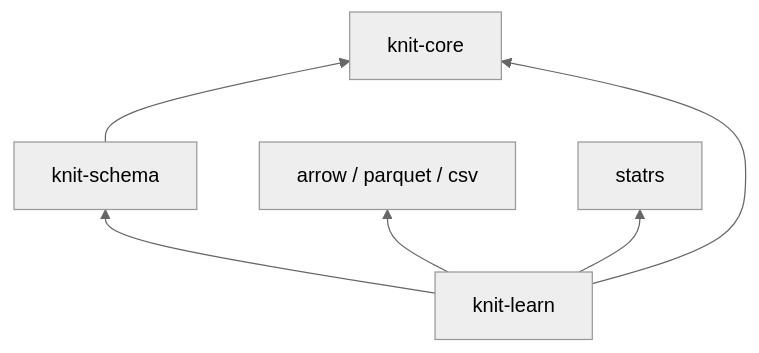
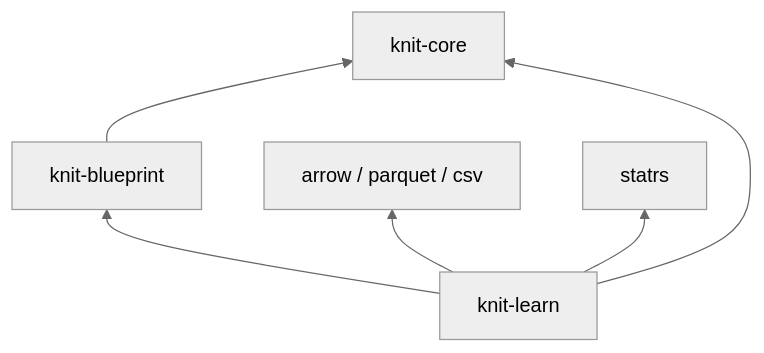
One commit to Yaming-Hub/knit changed the first of 8 diagrams in docs/design-learn.md. Above: the diagram before and after it, drawn with Mermaid (neutral theme). The commit also changed other lines of this file and 99 other files, not shown here.

First line of the commit message:
refactor: rename 'schema' to 'blueprint' throughout codebase (#235)

````diff
--- a/docs/design-learn.md
+++ b/docs/design-learn.md
@@ -74,9 +74,9 @@
 ```mermaid
 flowchart BT
     core[knit-core]
-    schema[knit-schema] --> core
+    blueprint[knit-blueprint] --> core
     learn[knit-learn] --> core
-    learn --> schema
+    learn --> blueprint
     learn --> arrow[arrow / parquet / csv]
     learn --> statrs[statrs]
 ```
````
